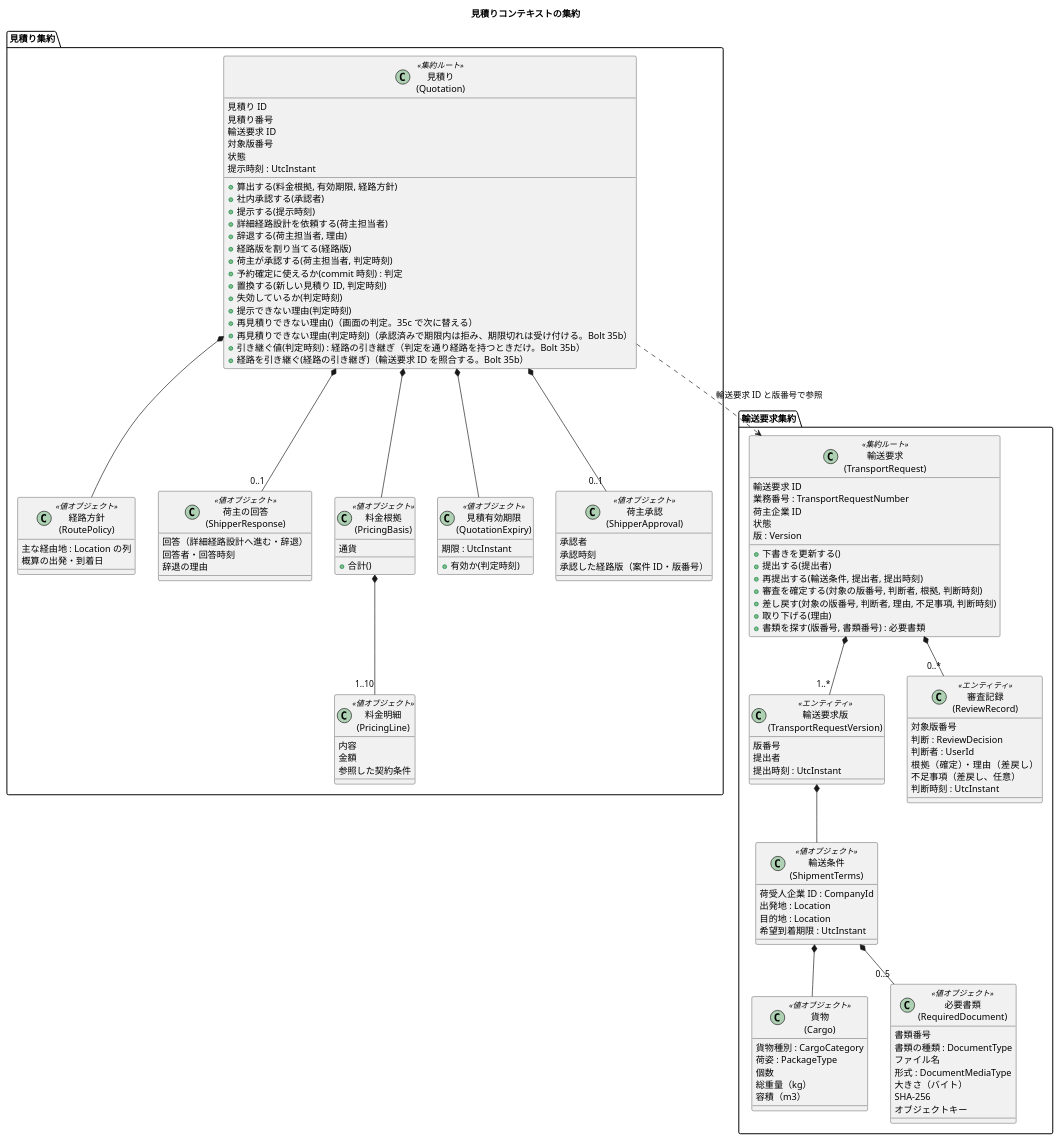
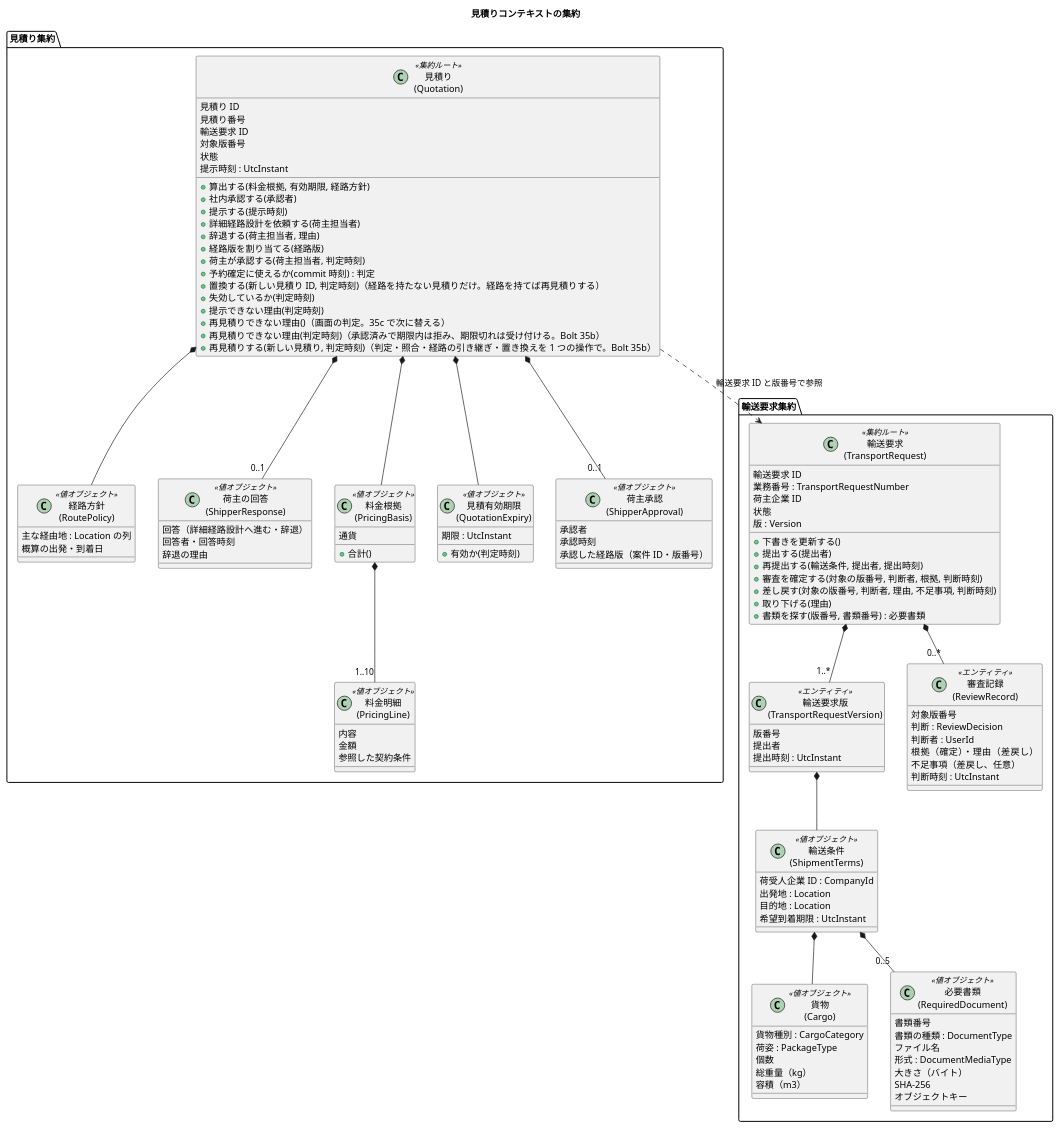
The third of 23 diagrams in docs/design/cargo-tracker/domain_model.md (k2works/practical-domain-driven-design-in-enterpris-application), drawn with PlantUML before and after one commit. The commit also changed other lines of this file and 14 other files, not shown here.

```diff
--- a/docs/design/cargo-tracker/domain_model.md
+++ b/docs/design/cargo-tracker/domain_model.md
@@ -415,13 +415,12 @@
     + 経路版を割り当てる(経路版)
     + 荷主が承認する(荷主担当者, 判定時刻)
     + 予約確定に使えるか(commit 時刻) : 判定
-    + 置換する(新しい見積り ID, 判定時刻)
+    + 置換する(新しい見積り ID, 判定時刻)（経路を持たない見積りだけ。経路を持てば再見積りする）
     + 失効しているか(判定時刻)
     + 提示できない理由(判定時刻)
     + 再見積りできない理由()（画面の判定。35c で次に替える）
     + 再見積りできない理由(判定時刻)（承認済みで期限内は拒み、期限切れは受け付ける。Bolt 35b）
-    + 引き継ぐ値(判定時刻) : 経路の引き継ぎ（判定を通り経路を持つときだけ。Bolt 35b）
-    + 経路を引き継ぐ(経路の引き継ぎ)（輸送要求 ID を照合する。Bolt 35b）
+    + 再見積りする(新しい見積り, 判定時刻)（判定・照合・経路の引き継ぎ・置き換えを 1 つの操作で。Bolt 35b）
   }
   class "経路方針\n(RoutePolicy)" as RP <<値オブジェクト>> {
     主な経由地 : Location の列
```
